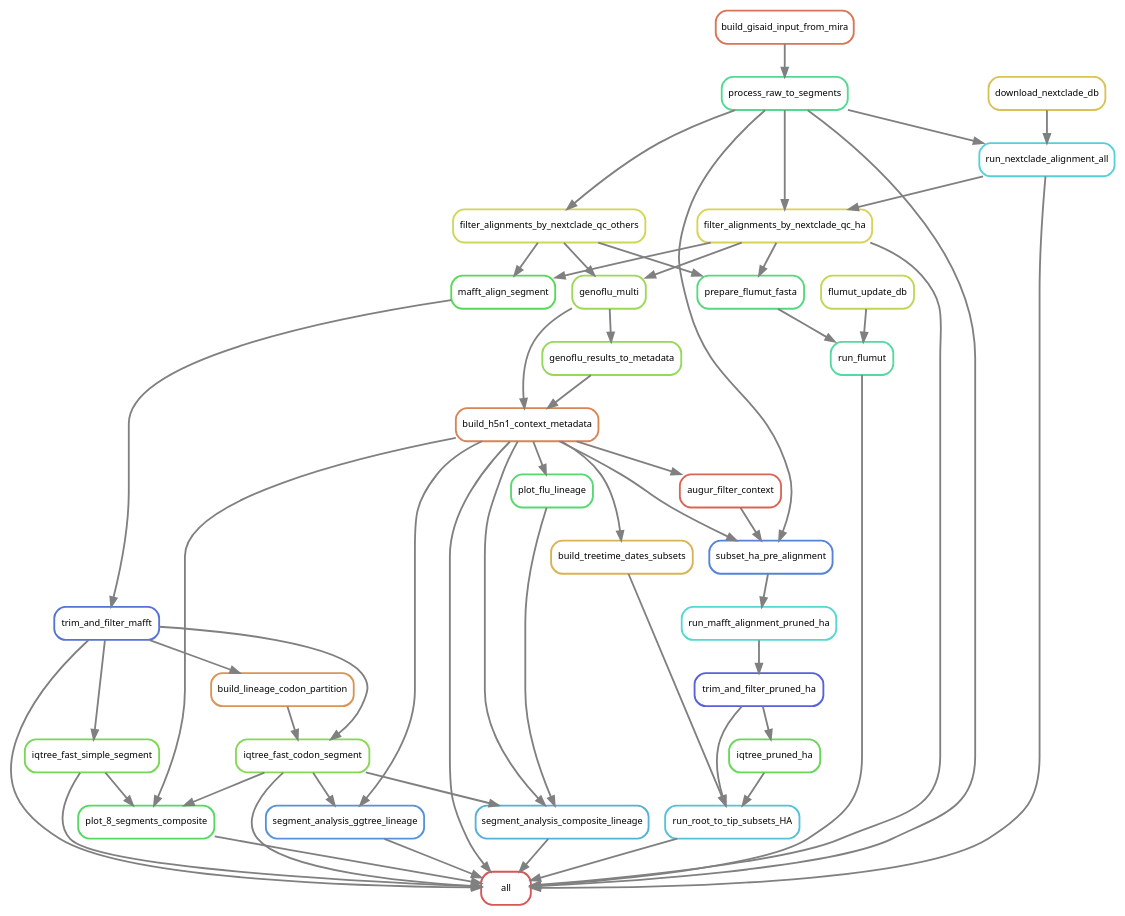
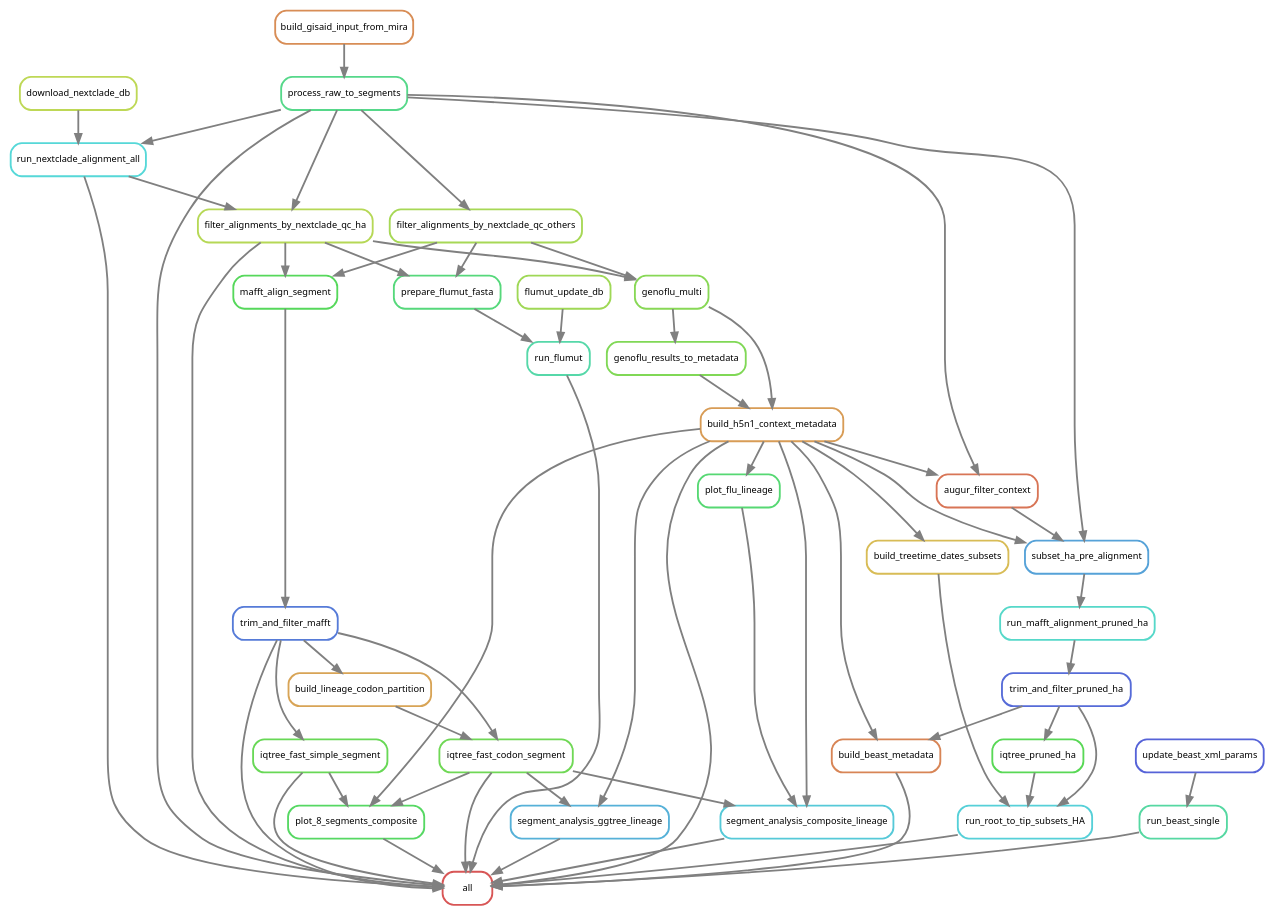
Before and after one commit to Sebysemily/Flu: the diagram in analysis/pipeline_rulegraph.dot, drawn with Graphviz. The commit also changed 69 other files, not shown here.

Commit message:
beast primera run para GSS

```diff
--- a/analysis/pipeline_rulegraph.dot
+++ b/analysis/pipeline_rulegraph.dot
@@ -1,88 +1,97 @@
 digraph snakemake_dag {
     graph[bgcolor=white, margin=0];
     node[shape=box, style=rounded, fontname=sans,                 fontsize=10, penwidth=2];
     edge[penwidth=2, color=grey];
 	0[label = "all", color = "0.00 0.6 0.85", style="rounded"];
-	1[label = "process_raw_to_segments", color = "0.41 0.6 0.85", style="rounded"];
-	2[label = "build_gisaid_input_from_mira", color = "0.04 0.6 0.85", style="rounded"];
-	3[label = "trim_and_filter_mafft", color = "0.63 0.6 0.85", style="rounded"];
-	4[label = "mafft_align_segment", color = "0.33 0.6 0.85", style="rounded"];
-	5[label = "filter_alignments_by_nextclade_qc_others", color = "0.18 0.6 0.85", style="rounded"];
-	6[label = "filter_alignments_by_nextclade_qc_ha", color = "0.16 0.6 0.85", style="rounded"];
-	7[label = "run_nextclade_alignment_all", color = "0.51 0.6 0.85", style="rounded"];
-	8[label = "download_nextclade_db", color = "0.14 0.6 0.85", style="rounded"];
-	9[label = "segment_analysis_ggtree_lineage", color = "0.59 0.6 0.85", style="rounded"];
-	10[label = "iqtree_fast_codon_segment", color = "0.27 0.6 0.85", style="rounded"];
-	11[label = "build_lineage_codon_partition", color = "0.08 0.6 0.85", style="rounded"];
-	12[label = "build_h5n1_context_metadata", color = "0.06 0.6 0.85", style="rounded"];
-	13[label = "genoflu_multi", color = "0.24 0.6 0.85", style="rounded"];
-	14[label = "genoflu_results_to_metadata", color = "0.25 0.6 0.85", style="rounded"];
-	15[label = "segment_analysis_composite_lineage", color = "0.55 0.6 0.85", style="rounded"];
+	1[label = "process_raw_to_segments", color = "0.40 0.6 0.85", style="rounded"];
+	2[label = "build_gisaid_input_from_mira", color = "0.07 0.6 0.85", style="rounded"];
+	3[label = "trim_and_filter_mafft", color = "0.62 0.6 0.85", style="rounded"];
+	4[label = "mafft_align_segment", color = "0.34 0.6 0.85", style="rounded"];
+	5[label = "filter_alignments_by_nextclade_qc_others", color = "0.23 0.6 0.85", style="rounded"];
+	6[label = "filter_alignments_by_nextclade_qc_ha", color = "0.21 0.6 0.85", style="rounded"];
+	7[label = "run_nextclade_alignment_all", color = "0.50 0.6 0.85", style="rounded"];
+	8[label = "download_nextclade_db", color = "0.20 0.6 0.85", style="rounded"];
+	9[label = "segment_analysis_ggtree_lineage", color = "0.55 0.6 0.85", style="rounded"];
+	10[label = "iqtree_fast_codon_segment", color = "0.30 0.6 0.85", style="rounded"];
+	11[label = "build_lineage_codon_partition", color = "0.10 0.6 0.85", style="rounded"];
+	12[label = "build_h5n1_context_metadata", color = "0.09 0.6 0.85", style="rounded"];
+	13[label = "genoflu_multi", color = "0.27 0.6 0.85", style="rounded"];
+	14[label = "genoflu_results_to_metadata", color = "0.28 0.6 0.85", style="rounded"];
+	15[label = "segment_analysis_composite_lineage", color = "0.52 0.6 0.85", style="rounded"];
 	16[label = "plot_flu_lineage", color = "0.37 0.6 0.85", style="rounded"];
-	17[label = "iqtree_fast_simple_segment", color = "0.29 0.6 0.85", style="rounded"];
+	17[label = "iqtree_fast_simple_segment", color = "0.31 0.6 0.85", style="rounded"];
 	18[label = "plot_8_segments_composite", color = "0.35 0.6 0.85", style="rounded"];
-	19[label = "run_root_to_tip_subsets_HA", color = "0.53 0.6 0.85", style="rounded"];
-	20[label = "iqtree_pruned_ha", color = "0.31 0.6 0.85", style="rounded"];
-	21[label = "trim_and_filter_pruned_ha", color = "0.65 0.6 0.85", style="rounded"];
-	22[label = "run_mafft_alignment_pruned_ha", color = "0.49 0.6 0.85", style="rounded"];
-	23[label = "subset_ha_pre_alignment", color = "0.61 0.6 0.85", style="rounded"];
-	24[label = "augur_filter_context", color = "0.02 0.6 0.85", style="rounded"];
-	25[label = "build_treetime_dates_subsets", color = "0.12 0.6 0.85", style="rounded"];
-	26[label = "run_flumut", color = "0.43 0.6 0.85", style="rounded"];
-	27[label = "prepare_flumut_fasta", color = "0.39 0.6 0.85", style="rounded"];
-	28[label = "flumut_update_db", color = "0.20 0.6 0.85", style="rounded"];
+	19[label = "run_root_to_tip_subsets_HA", color = "0.51 0.6 0.85", style="rounded"];
+	20[label = "iqtree_pruned_ha", color = "0.33 0.6 0.85", style="rounded"];
+	21[label = "trim_and_filter_pruned_ha", color = "0.64 0.6 0.85", style="rounded"];
+	22[label = "run_mafft_alignment_pruned_ha", color = "0.48 0.6 0.85", style="rounded"];
+	23[label = "subset_ha_pre_alignment", color = "0.57 0.6 0.85", style="rounded"];
+	24[label = "augur_filter_context", color = "0.04 0.6 0.85", style="rounded"];
+	25[label = "build_treetime_dates_subsets", color = "0.13 0.6 0.85", style="rounded"];
+	26[label = "build_beast_metadata", color = "0.06 0.6 0.85", style="rounded"];
+	27[label = "run_flumut", color = "0.44 0.6 0.85", style="rounded"];
+	28[label = "prepare_flumut_fasta", color = "0.38 0.6 0.85", style="rounded"];
+	29[label = "flumut_update_db", color = "0.24 0.6 0.85", style="rounded"];
+	30[label = "run_beast_single", color = "0.43 0.6 0.85", style="rounded"];
+	31[label = "update_beast_xml_params", color = "0.65 0.6 0.85", style="rounded"];
 	26 -> 0
-	18 -> 0
 	12 -> 0
 	1 -> 0
-	7 -> 0
 	15 -> 0
-	19 -> 0
+	10 -> 0
+	17 -> 0
 	6 -> 0
-	17 -> 0
-	10 -> 0
+	18 -> 0
 	9 -> 0
 	3 -> 0
+	7 -> 0
+	19 -> 0
+	27 -> 0
+	30 -> 0
 	2 -> 1
 	4 -> 3
 	5 -> 4
 	6 -> 4
 	1 -> 5
+	1 -> 6
 	7 -> 6
-	1 -> 6
 	8 -> 7
 	1 -> 7
+	12 -> 9
 	10 -> 9
-	12 -> 9
+	11 -> 10
 	3 -> 10
-	11 -> 10
 	3 -> 11
 	13 -> 12
 	14 -> 12
 	5 -> 13
 	6 -> 13
 	13 -> 14
-	16 -> 15
 	10 -> 15
 	12 -> 15
+	16 -> 15
 	12 -> 16
 	3 -> 17
+	12 -> 18
+	17 -> 18
 	10 -> 18
-	17 -> 18
-	12 -> 18
+	20 -> 19
+	25 -> 19
 	21 -> 19
-	25 -> 19
-	20 -> 19
 	21 -> 20
 	22 -> 21
 	23 -> 22
-	24 -> 23
 	12 -> 23
 	1 -> 23
+	24 -> 23
 	12 -> 24
+	1 -> 24
 	12 -> 25
-	28 -> 26
-	27 -> 26
-	5 -> 27
-	6 -> 27
+	21 -> 26
+	12 -> 26
+	28 -> 27
+	29 -> 27
+	5 -> 28
+	6 -> 28
+	31 -> 30
 }            
```
